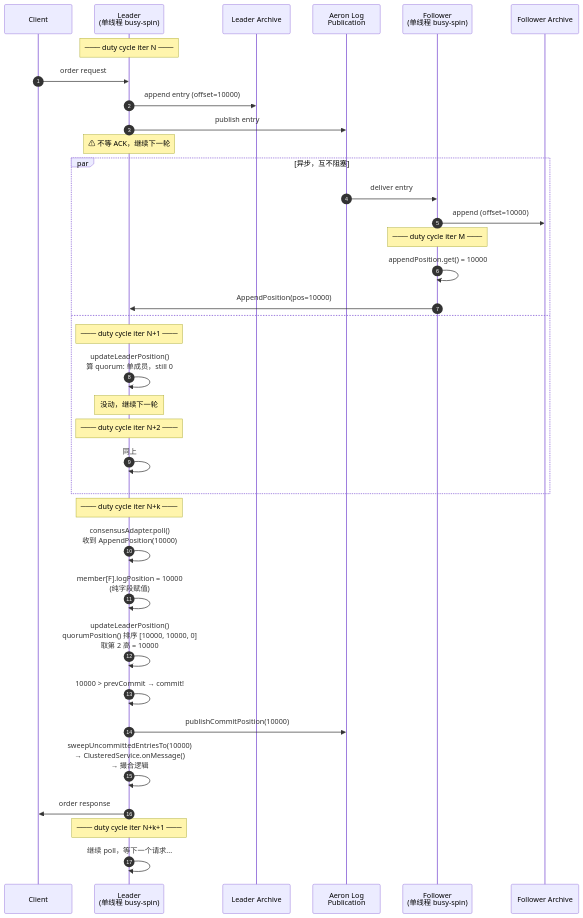
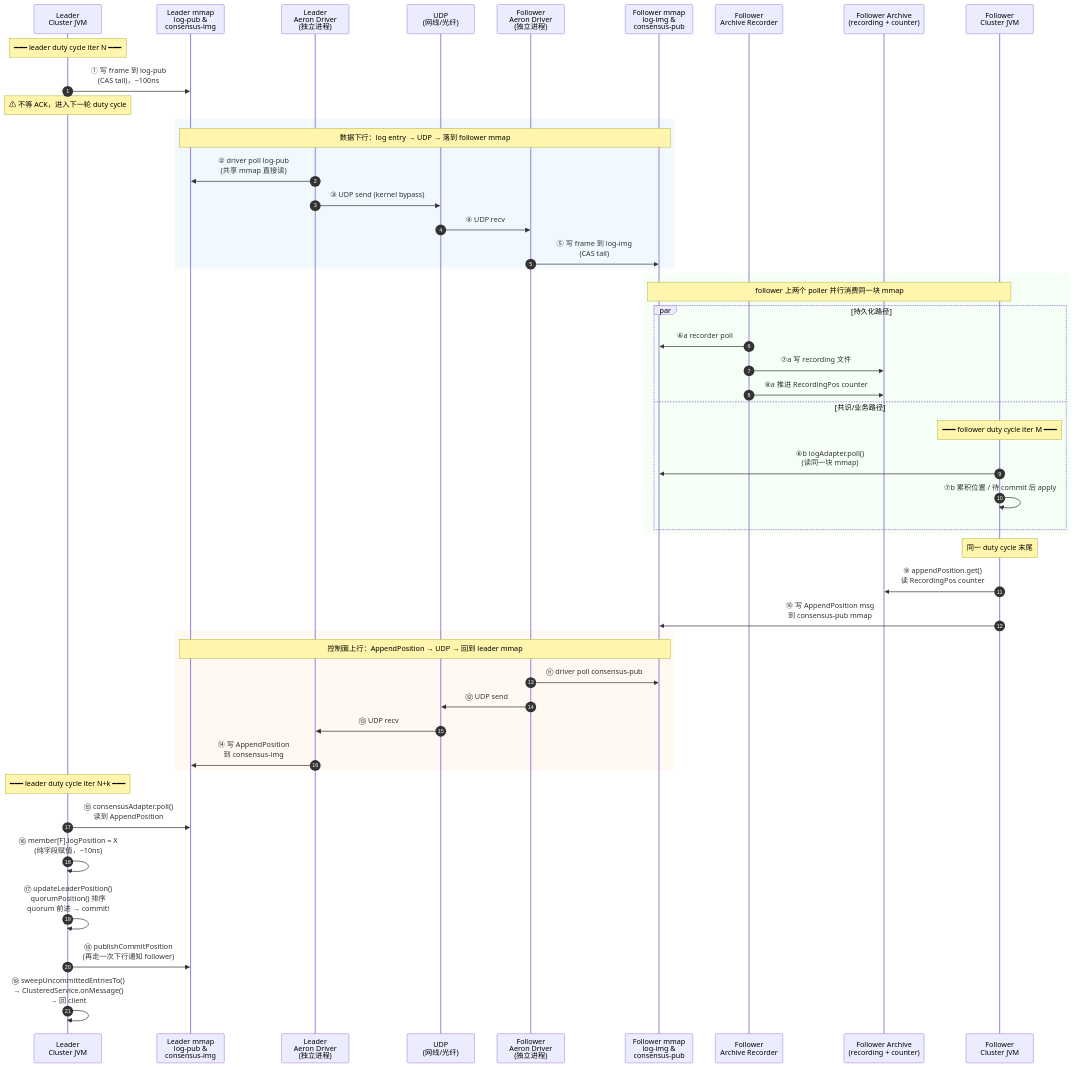
One commit to cch123/opentrade changed the first of 2 diagrams in docs/research/aeron-cluster-raft-latency.md. Above: the diagram before and after it, drawn with Mermaid. The commit also changed other lines of this file, not shown here.

Commit message:
docs: expand aeron raft research with full data flow
Add NAK vs AppendPosition mechanism, leader polling model, and
complete sequence diagram covering mmap / driver / archive / UDP
end-to-end round-trip with per-step timing.

````diff
--- a/docs/research/aeron-cluster-raft-latency.md
+++ b/docs/research/aeron-cluster-raft-latency.md
@@ -138,42 +140,57 @@
 ```mermaid
 sequenceDiagram
     autonumber
-    participant C as Client
-    participant L as Leader<br/>(单线程 busy-spin)
-    participant LA as Leader Archive
-    participant T as Aeron Log<br/>Publication
-    participant F as Follower<br/>(单线程 busy-spin)
-    participant FA as Follower Archive
+    participant LC as Leader<br/>Cluster JVM
+    participant LMM as Leader mmap<br/>log-pub &<br/>consensus-img
+    participant LD as Leader<br/>Aeron Driver<br/>(独立进程)
+    participant N as UDP<br/>(网线/光纤)
+    participant FD as Follower<br/>Aeron Driver<br/>(独立进程)
+    participant FMM as Follower mmap<br/>log-img &<br/>consensus-pub
+    participant FAR as Follower<br/>Archive Recorder
+    participant FA as Follower Archive<br/>(recording + counter)
+    participant FC as Follower<br/>Cluster JVM
 
-    Note over L: ─── duty cycle iter N ───
-    C->>L: order request
-    L->>LA: append entry (offset=10000)
-    L->>T: publish entry
-    Note over L: ⚠ 不等 ACK，继续下一轮
+    Note over LC: ━━━ leader duty cycle iter N ━━━
+    LC->>LMM: ① 写 frame 到 log-pub<br/>(CAS tail)，~100ns
+    Note over LC: ⚠ 不等 ACK，进入下一轮 duty cycle
 
-    par 异步，互不阻塞
-        T->>F: deliver entry
-        F->>FA: append (offset=10000)
-        Note over F: ─── duty cycle iter M ───
-        F->>F: appendPosition.get() = 10000
-        F->>L: AppendPosition(pos=10000)
-    and
-        Note over L: ─── duty cycle iter N+1 ───
-        L->>L: updateLeaderPosition()<br/>算 quorum: 单成员，still 0
-        Note over L: 没动，继续下一轮
-        Note over L: ─── duty cycle iter N+2 ───
-        L->>L: 同上
+    rect rgba(200,230,255,0.25)
+        Note over LMM,FMM: 数据下行：log entry → UDP → 落到 follower mmap
+        LD->>LMM: ② driver poll log-pub<br/>(共享 mmap 直接读)
+        LD->>N: ③ UDP send (kernel bypass)
+        N->>FD: ④ UDP recv
+        FD->>FMM: ⑤ 写 frame 到 log-img<br/>(CAS tail)
     end
 
-    Note over L: ─── duty cycle iter N+k ───
-    L->>L: consensusAdapter.poll()<br/>收到 AppendPosition(10000)
-    L->>L: member[F].logPosition = 10000<br/>(纯字段赋值)
-    L->>L: updateLeaderPosition()<br/>quorumPosition() 排序 [10000, 10000, 0]<br/>取第 2 高 = 10000
-    L->>L: 10000 > prevCommit → commit!
-    L->>T: publishCommitPosition(10000)
-    L->>L: sweepUncommittedEntriesTo(10000)<br/>→ ClusteredService.onMessage()<br/>→ 撮合逻辑
-    L->>C: order response
+    rect rgba(220,255,220,0.25)
+        Note over FMM,FC: follower 上两个 poller 并行消费同一块 mmap
+        par 持久化路径
+            FAR->>FMM: ⑥a recorder poll
+            FAR->>FA: ⑦a 写 recording 文件
+            FAR->>FA: ⑧a 推进 RecordingPos counter
+        and 共识/业务路径
+            Note over FC: ━━━ follower duty cycle iter M ━━━
+            FC->>FMM: ⑥b logAdapter.poll()<br/>(读同一块 mmap)
+            FC->>FC: ⑦b 累积位置 / 待 commit 后 apply
+        end
+    end
 
-    Note over L: ─── duty cycle iter N+k+1 ───
-    L->>L: 继续 poll，等下一个请求...
+    Note over FC: 同一 duty cycle 末尾
+    FC->>FA: ⑨ appendPosition.get()<br/>读 RecordingPos counter
+    FC->>FMM: ⑩ 写 AppendPosition msg<br/>到 consensus-pub mmap
+
+    rect rgba(255,230,200,0.25)
+        Note over LMM,FMM: 控制面上行：AppendPosition → UDP → 回到 leader mmap
+        FD->>FMM: ⑪ driver poll consensus-pub
+        FD->>N: ⑫ UDP send
+        N->>LD: ⑬ UDP recv
+        LD->>LMM: ⑭ 写 AppendPosition<br/>到 consensus-img
+    end
+
+    Note over LC: ━━━ leader duty cycle iter N+k ━━━
+    LC->>LMM: ⑮ consensusAdapter.poll()<br/>读到 AppendPosition
+    LC->>LC: ⑯ member[F].logPosition = X<br/>(纯字段赋值，~10ns)
+    LC->>LC: ⑰ updateLeaderPosition()<br/>quorumPosition() 排序<br/>quorum 前进 → commit!
+    LC->>LMM: ⑱ publishCommitPosition<br/>(再走一次下行通知 follower)
+    LC->>LC: ⑲ sweepUncommittedEntriesTo()<br/>→ ClusteredService.onMessage()<br/>→ 回 client
 ```
````
